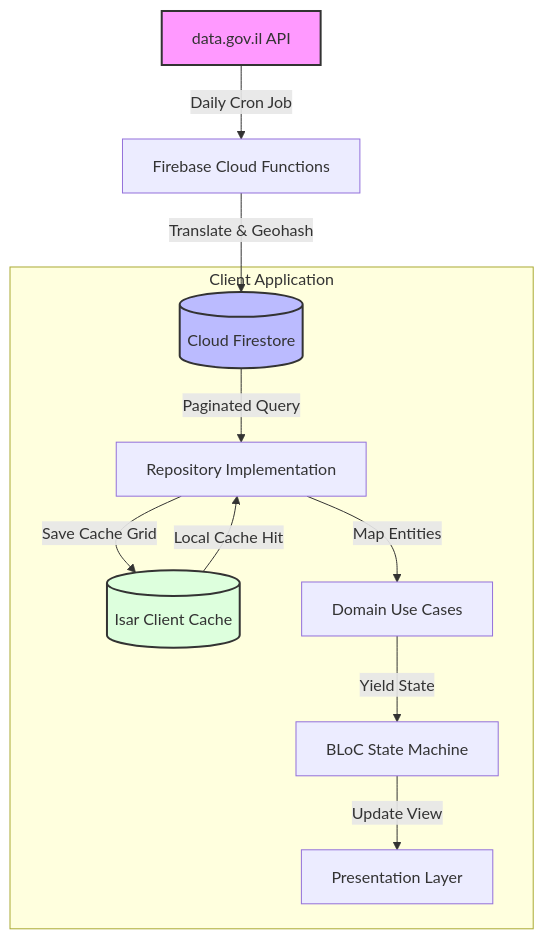
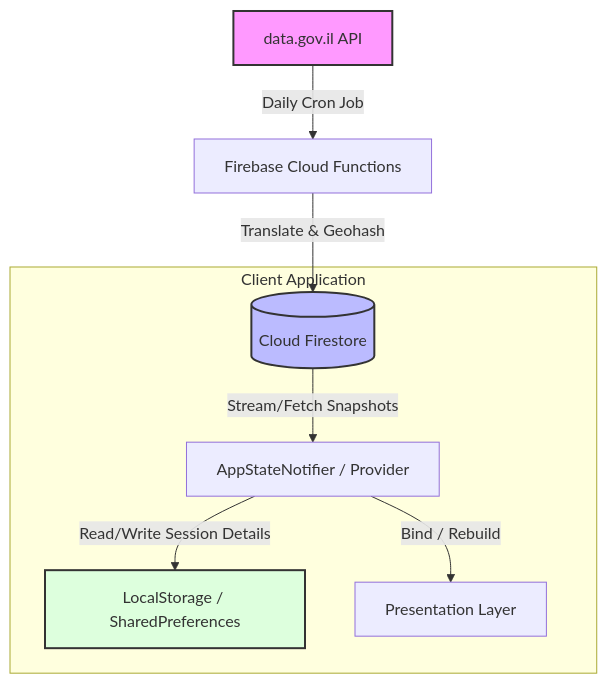
The first of 3 diagrams in .ai_context/architecture.md (assafbz/PlainSightIL), drawn with Mermaid before and after one commit. The commit also changed other lines of this file and 7 other files, not shown here.

Commit message:
docs: realign system architecture and diagrams to Provider and SharedPreferences (Option C)

````diff
--- a/.ai_context/architecture.md
+++ b/.ai_context/architecture.md
@@ -38,18 +38,15 @@
 ```mermaid
 graph TD
     GovPortal[data.gov.il API] -->|Daily Cron Job| CloudFunctions[Firebase Cloud Functions]
     CloudFunctions -->|Translate & Geohash| CloudFirestore[(Cloud Firestore)]
     
     subgraph Client Application
-        CloudFirestore -->|Paginated Query| ClientRepo[Repository Implementation]
-        ClientRepo -->|Save Cache Grid| IsarDB[(Isar Client Cache)]
-        IsarDB -->|Local Cache Hit| ClientRepo
-        ClientRepo -->|Map Entities| UseCases[Domain Use Cases]
-        UseCases -->|Yield State| BlocState[BLoC State Machine]
-        BlocState -->|Update View| ViewLayer[Presentation Layer]
+        CloudFirestore -->|Stream/Fetch Snapshots| AppState[AppStateNotifier / Provider]
+        AppState -->|Read/Write Session Details| LocalStorage[LocalStorage / SharedPreferences]
+        AppState -->|Bind / Rebuild| ViewLayer[Presentation Layer]
     end
     
     style GovPortal fill:#f9f,stroke:#333,stroke-width:2px
     style CloudFirestore fill:#bbf,stroke:#333,stroke-width:2px
-    style IsarDB fill:#dfd,stroke:#333,stroke-width:2px
+    style LocalStorage fill:#dfd,stroke:#333,stroke-width:2px
 ```
````
